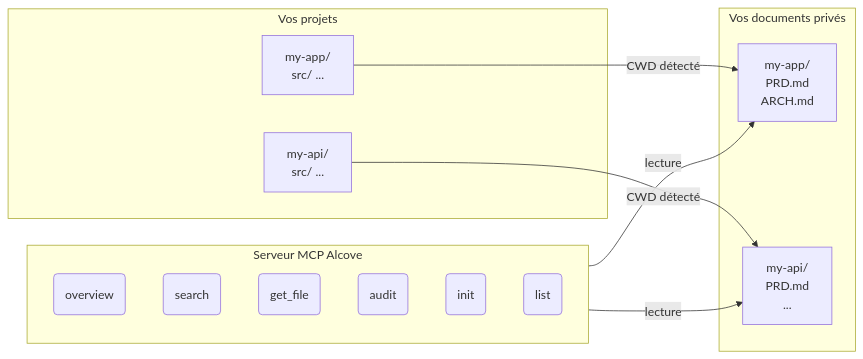
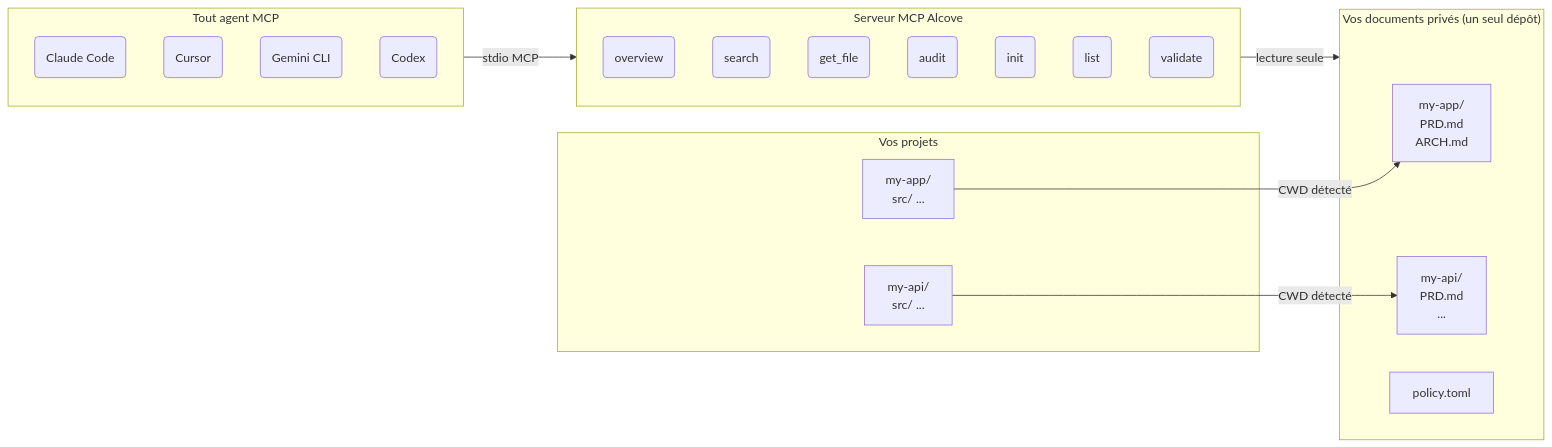
One commit to redxzeta/Icecove changed the diagram in docs/README.fr.md. Above: the diagram before and after it, drawn with Mermaid. The commit also changed other lines of this file and 9 other files, not shown here.

````diff
--- a/docs/README.fr.md
+++ b/docs/README.fr.md
@@ -77,26 +106,35 @@
 ```mermaid
 flowchart LR
     subgraph Projects["Vos projets"]
         A1["my-app/\n  src/ ..."]
         A2["my-api/\n  src/ ..."]
     end
 
-    subgraph Docs["Vos documents privés"]
+    subgraph Docs["Vos documents privés (un seul dépôt)"]
         D1["my-app/\n  PRD.md\n  ARCH.md"]
         D2["my-api/\n  PRD.md\n  ..."]
+        P1["policy.toml"]
+    end
+
+    subgraph Agents["Tout agent MCP"]
+        AG1(Claude Code)
+        AG2(Cursor)
+        AG3(Gemini CLI)
+        AG4(Codex)
     end
 
     subgraph MCP["Serveur MCP Alcove"]
         T1(overview)
         T2(search)
         T3(get_file)
         T4(audit)
         T5(init)
         T6(list)
+        T7(validate)
     end
 
     A1 -- "CWD détecté" --> D1
     A2 -- "CWD détecté" --> D2
-    MCP -- "lecture" --> D1
-    MCP -- "lecture" --> D2
+    Agents -- "stdio MCP" --> MCP
+    MCP -- "lecture seule" --> Docs
 ```
````
